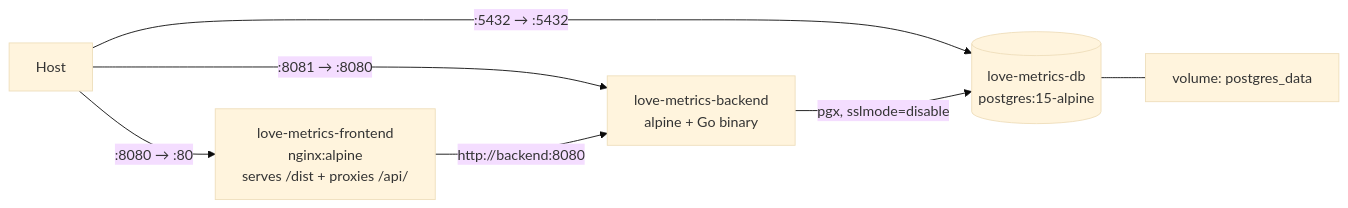
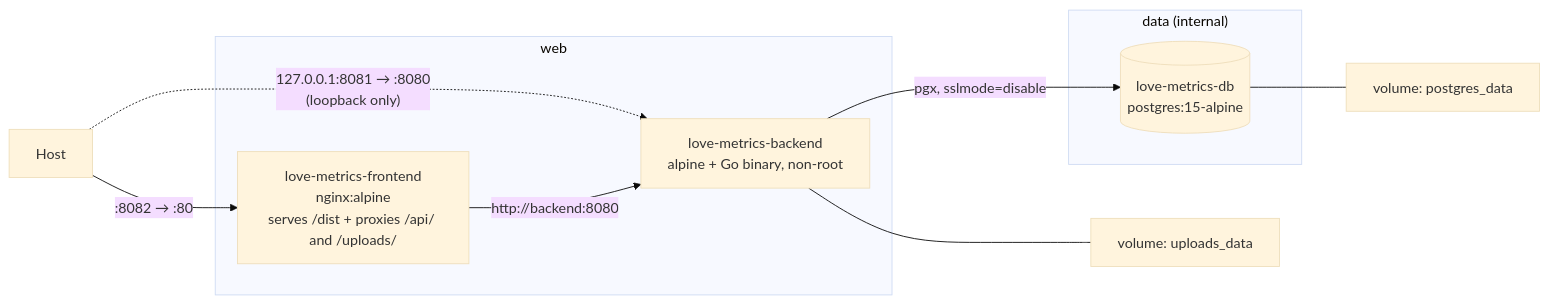
Before and after one commit to SirGrandmasterr/AlexithymiaLoveQuantifier: the diagram in docs/09-deployment.md, drawn with Mermaid (base theme). The commit also changed other lines of this file and 13 other files, not shown here.

````diff
--- a/docs/09-deployment.md
+++ b/docs/09-deployment.md
@@ -10,10 +10,14 @@
 ```mermaid
 graph LR
     HOST["Host"]
-    HOST -->|":8080 → :80"| FE["love-metrics-frontend<br/>nginx:alpine<br/>serves /dist + proxies /api/"]
-    HOST -->|":8081 → :8080"| BE["love-metrics-backend<br/>alpine + Go binary"]
-    HOST -->|":5432 → :5432"| DB[("love-metrics-db<br/>postgres:15-alpine")]
+    HOST -->|":8082 → :80"| FE["love-metrics-frontend<br/>nginx:alpine<br/>serves /dist + proxies /api/ and /uploads/"]
+    HOST -.->|"127.0.0.1:8081 → :8080<br/>(loopback only)"| BE["love-metrics-backend<br/>alpine + Go binary, non-root"]
+    subgraph web
     FE -->|"http://backend:8080"| BE
-    BE -->|"pgx, sslmode=disable"| DB
+    end
+    subgraph data ["data (internal)"]
+    BE -->|"pgx, sslmode=disable"| DB[("love-metrics-db<br/>postgres:15-alpine")]
+    end
     DB --- VOL["volume: postgres_data"]
+    BE --- UPL["volume: uploads_data"]
 ```
````
